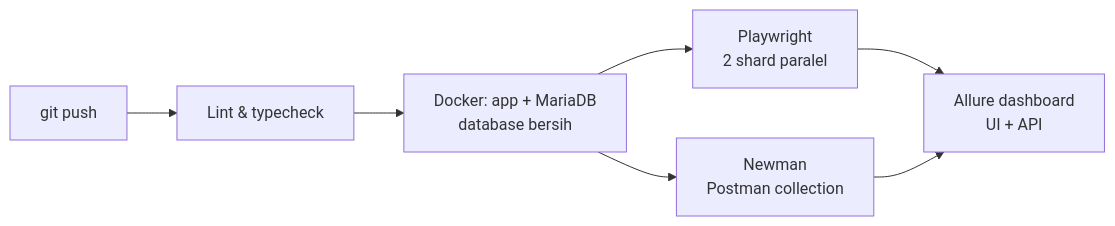
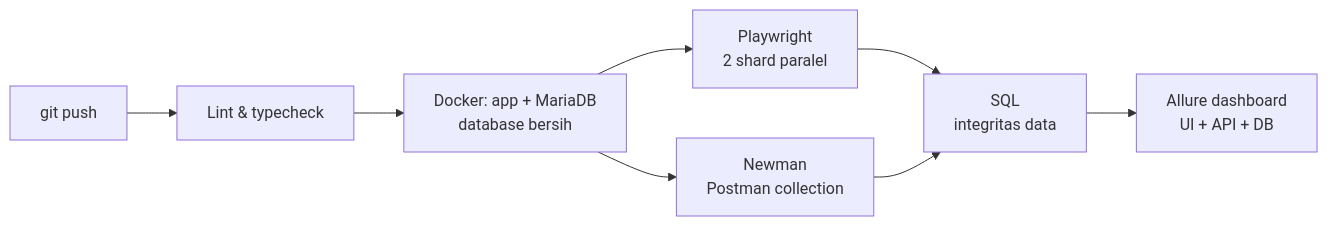
One commit to rachelsa26/partambus changed the diagram in README.md. Above: the diagram before and after it, drawn with Mermaid. The commit also changed other lines of this file and 41 other files, not shown here.

````diff
--- a/README.md
+++ b/README.md
@@ -19,9 +19,10 @@
 ```mermaid
 flowchart LR
   A[git push] --> B[Lint & typecheck]
   B --> C[Docker: app + MariaDB<br/>database bersih]
   C --> D[Playwright<br/>2 shard paralel]
   C --> F[Newman<br/>Postman collection]
-  D --> H[Allure dashboard<br/>UI + API]
-  F --> H
+  D --> I[SQL<br/>integritas data]
+  F --> I
+  I --> H[Allure dashboard<br/>UI + API + DB]
 ```
````
